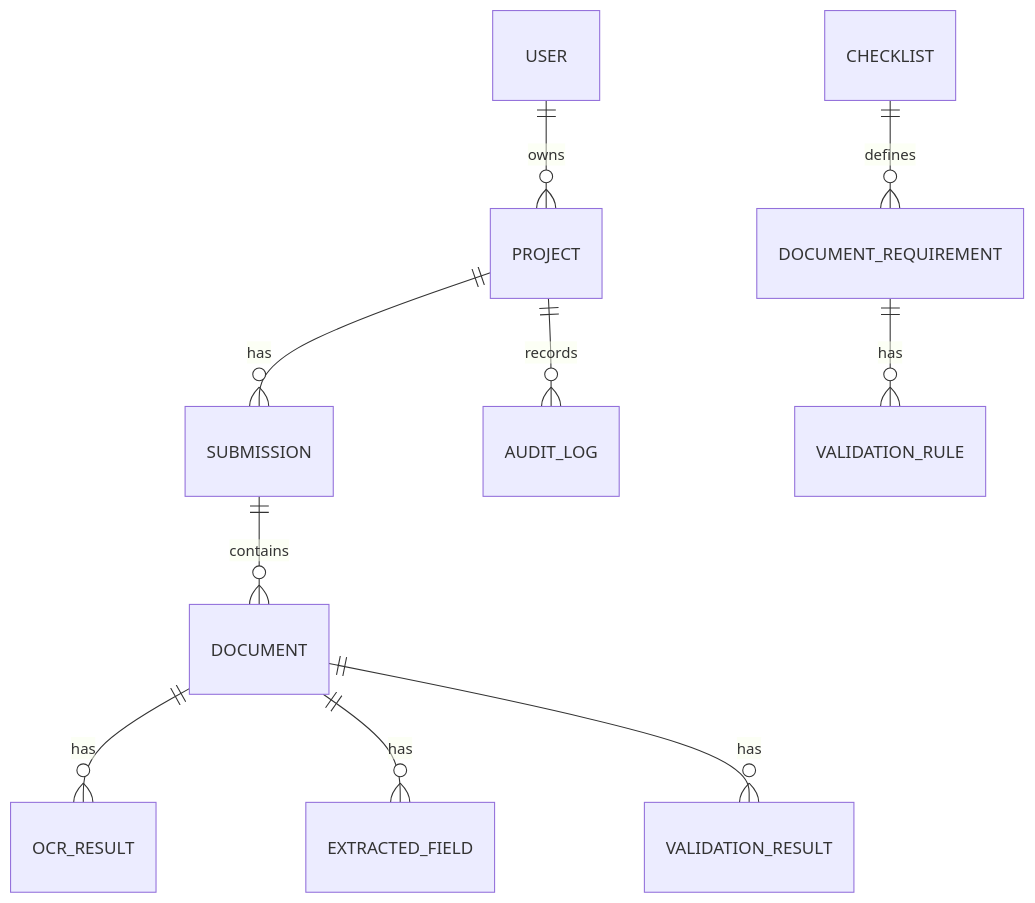
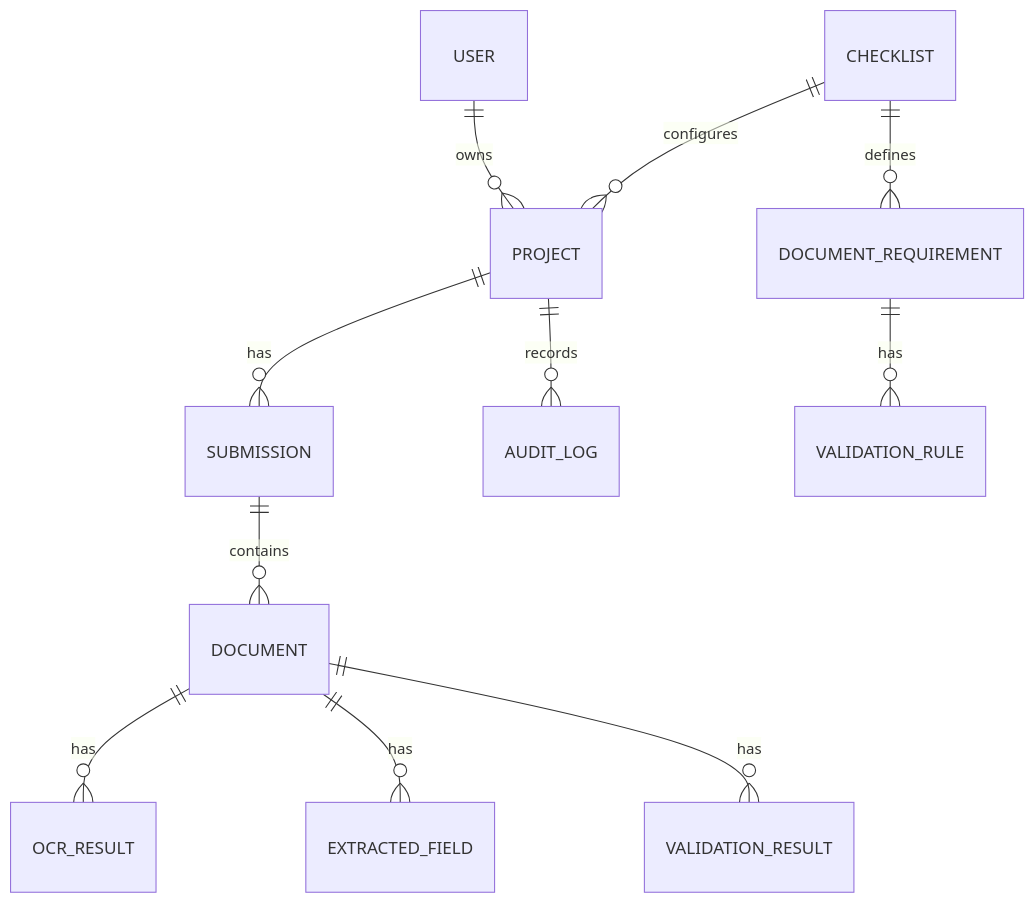
One commit to khabibro/ADVS changed the diagram in docs/architecture/DATA_MODEL.md. Above: the diagram before and after it, drawn with Mermaid. The commit also changed other lines of this file and 44 other files, not shown here.

````diff
--- a/docs/architecture/DATA_MODEL.md
+++ b/docs/architecture/DATA_MODEL.md
@@ -5,12 +5,13 @@
 ```mermaid
 erDiagram
   USER ||--o{ PROJECT : owns
+  CHECKLIST ||--o{ PROJECT : configures
   PROJECT ||--o{ SUBMISSION : has
   CHECKLIST ||--o{ DOCUMENT_REQUIREMENT : defines
   DOCUMENT_REQUIREMENT ||--o{ VALIDATION_RULE : has
   SUBMISSION ||--o{ DOCUMENT : contains
   DOCUMENT ||--o{ OCR_RESULT : has
   DOCUMENT ||--o{ EXTRACTED_FIELD : has
   DOCUMENT ||--o{ VALIDATION_RESULT : has
   PROJECT ||--o{ AUDIT_LOG : records
 ```
````
